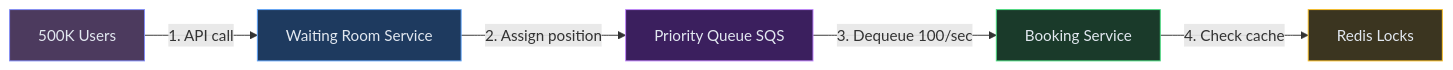
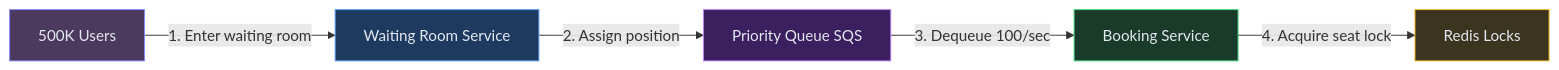
One commit to iluzn/HLD-Designs changed the tenth of 11 diagrams in content/hld/BookMyShow.md. Above: the diagram before and after it, drawn with Mermaid. The commit also changed other lines of this file and 27 other files, not shown here.

````diff
--- a/content/hld/BookMyShow.md
+++ b/content/hld/BookMyShow.md
@@ -615,19 +615,19 @@
 ```mermaid
 flowchart LR
     Users["500K Users"]:::client
     WR["Waiting Room Service"]:::edge
     Q["Priority Queue SQS"]:::async
     BS["Booking Service"]:::service
     RL["Redis Locks"]:::data
 
-    Users -->|"1. API call"| WR
+    Users -->|"1. Enter waiting room"| WR
     WR -->|"2. Assign position"| Q
     Q -->|"3. Dequeue 100/sec"| BS
-    BS -->|"4. Check cache"| RL
+    BS -->|"4. Acquire seat lock"| RL
 
     classDef client fill:#4c3a5e,stroke:#818cf8,color:#e2e8f0
     classDef edge fill:#1e3a5f,stroke:#60a5fa,color:#e2e8f0
     classDef service fill:#1a3a2a,stroke:#4ade80,color:#e2e8f0
     classDef async fill:#3b1f5e,stroke:#c084fc,color:#e2e8f0
     classDef data fill:#3b3520,stroke:#fbbf24,color:#e2e8f0
 ```
````
